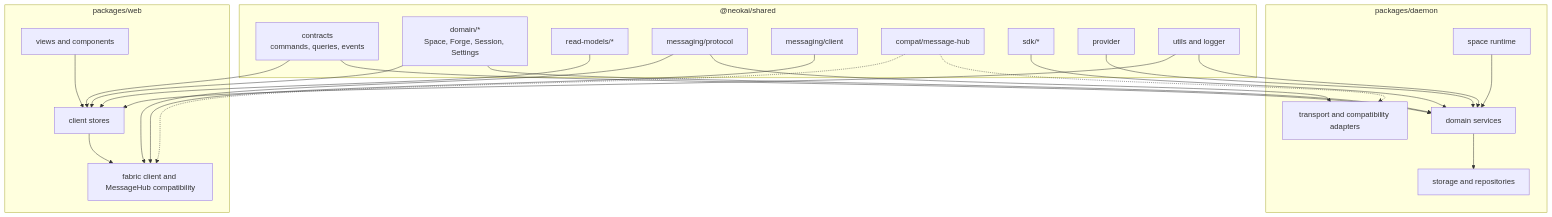
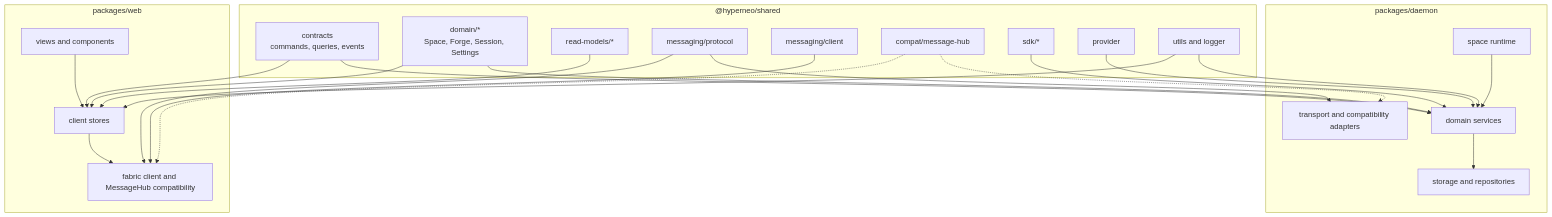
One commit to lsm/HyperNeo changed the sixth of 8 diagrams in docs/architecture/target-architecture/README.md. Above: the diagram before and after it, drawn with Mermaid. The commit also changed other lines of this file and 910 other files, not shown here.

````diff
--- a/docs/architecture/target-architecture/README.md
+++ b/docs/architecture/target-architecture/README.md
@@ -443,47 +443,47 @@
 ```mermaid
 flowchart TB
-  subgraph Shared["@neokai/shared"]
+  subgraph Shared["@hyperneo/shared"]
     Contracts["contracts<br/>commands, queries, events"]
     DomainTypes["domain/*<br/>Space, Forge, Session, Settings"]
     ReadModelTypes["read-models/*"]
     MessagingProtocol["messaging/protocol"]
     MessagingClient["messaging/client"]
     CompatHub["compat/message-hub"]
     SDKTypes["sdk/*"]
     ProviderTypes["provider"]
     Utils["utils and logger"]
   end
 
   subgraph Daemon["packages/daemon"]
     DaemonDomains["domain services"]
     DaemonStorage["storage and repositories"]
     DaemonRuntime["space runtime"]
     DaemonAdapters["transport and compatibility adapters"]
   end
 
   subgraph Web["packages/web"]
     Stores["client stores"]
     Views["views and components"]
     WebTransport["fabric client and MessageHub compatibility"]
   end
 
   Contracts --> DaemonDomains
   Contracts --> Stores
   DomainTypes --> DaemonDomains
   DomainTypes --> Stores
   ReadModelTypes --> Stores
   MessagingProtocol --> DaemonAdapters
   MessagingProtocol --> WebTransport
   MessagingClient --> WebTransport
   CompatHub -.-> DaemonAdapters
   CompatHub -.-> WebTransport
   SDKTypes --> DaemonDomains
   ProviderTypes --> DaemonDomains
   Utils --> DaemonDomains
   Utils --> Stores
 
   DaemonDomains --> DaemonStorage
   DaemonRuntime --> DaemonDomains
   Views --> Stores
   Stores --> WebTransport
 ```
````
